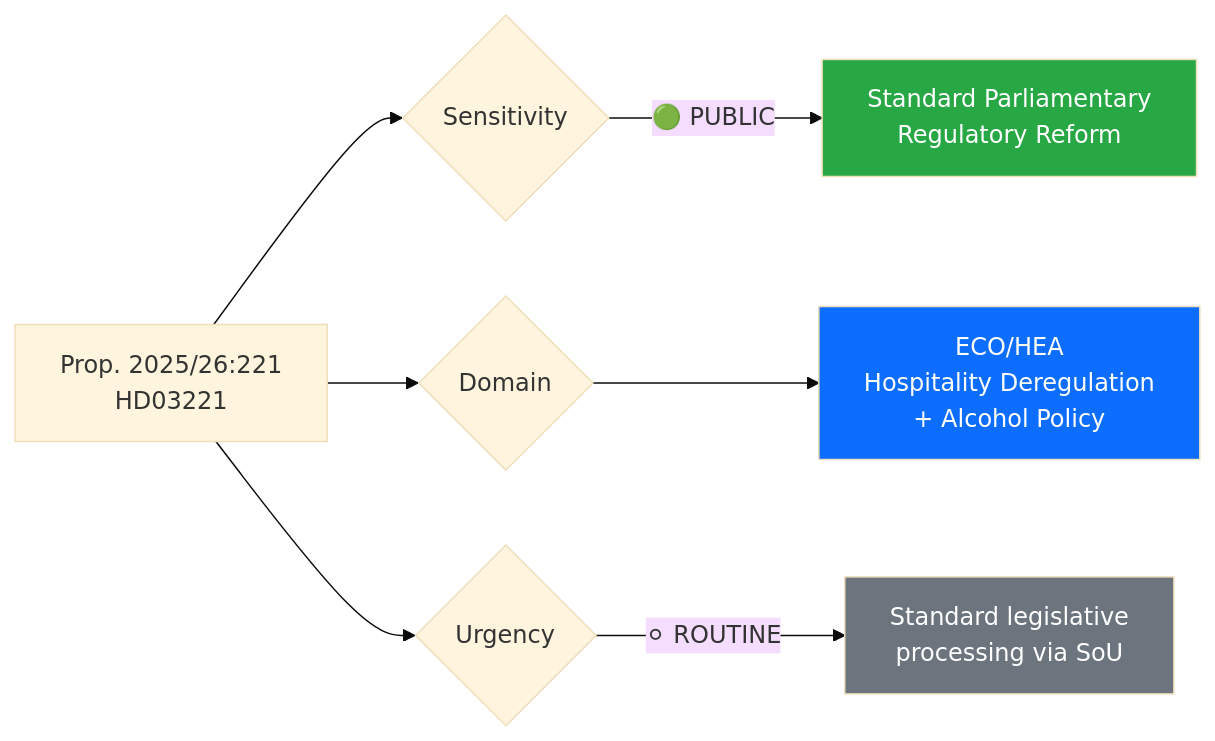
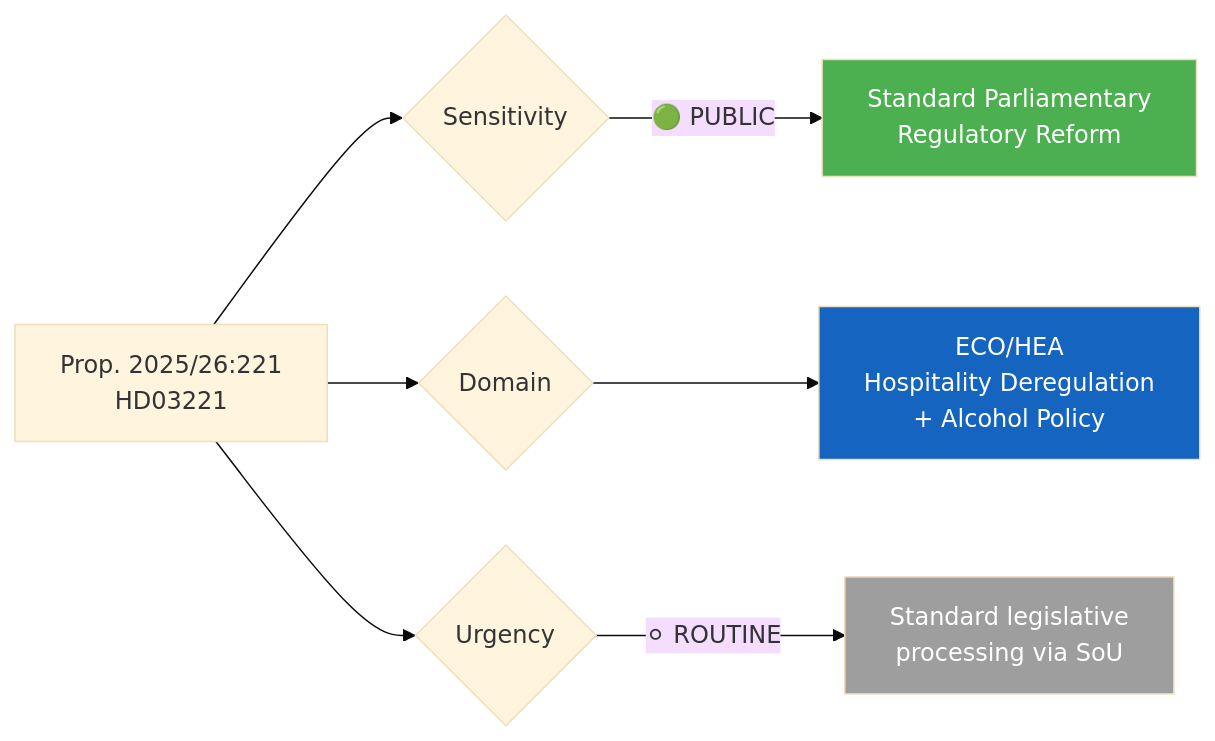
Before and after one commit to Hack23/riksdagsmonitor: the diagram in analysis/daily/2026-03-26/propositions/documents/hd03221-analysis.md, drawn with Mermaid (base theme). The commit also changed 785 other files, not shown here.

First line of the commit message:
Normalize mermaid colors across 786 analysis artifacts to ISMS Style Guide palette

````diff
--- a/analysis/daily/2026-03-26/propositions/documents/hd03221-analysis.md
+++ b/analysis/daily/2026-03-26/propositions/documents/hd03221-analysis.md
@@ -34,15 +34,15 @@
 ```mermaid
 graph LR
     A["Prop. 2025/26:221<br/>HD03221"] --> B{Sensitivity}
     B -->|"🟢 PUBLIC"| E["Standard Parliamentary<br/>Regulatory Reform"]
     
     A --> G{Domain}
     G --> H["ECO/HEA<br/>Hospitality Deregulation<br/>+ Alcohol Policy"]
     
     A --> I{Urgency}
     I -->|"⚪ ROUTINE"| M["Standard legislative<br/>processing via SoU"]
     
-    style E fill:#28a745,color:#fff
-    style H fill:#0d6efd,color:#fff
-    style M fill:#6c757d,color:#fff
+    style E fill:#4CAF50,color:#FFFFFF
+    style H fill:#1565C0,color:#FFFFFF
+    style M fill:#9E9E9E,color:#FFFFFF
 ```
````
